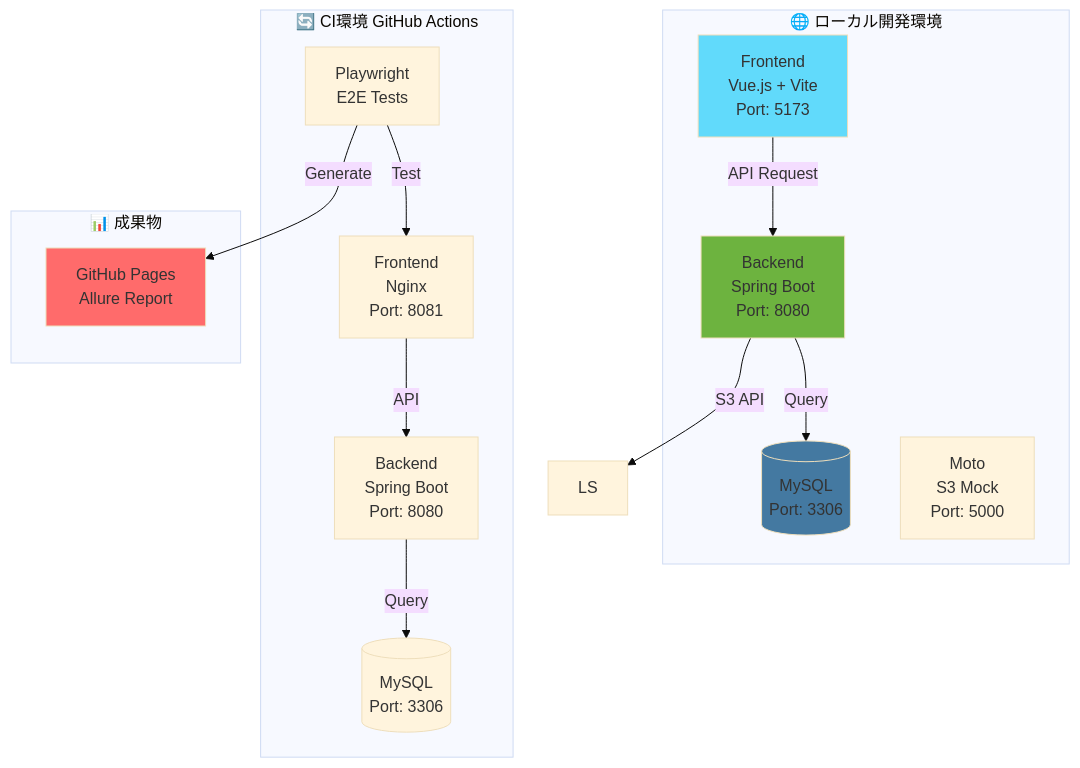
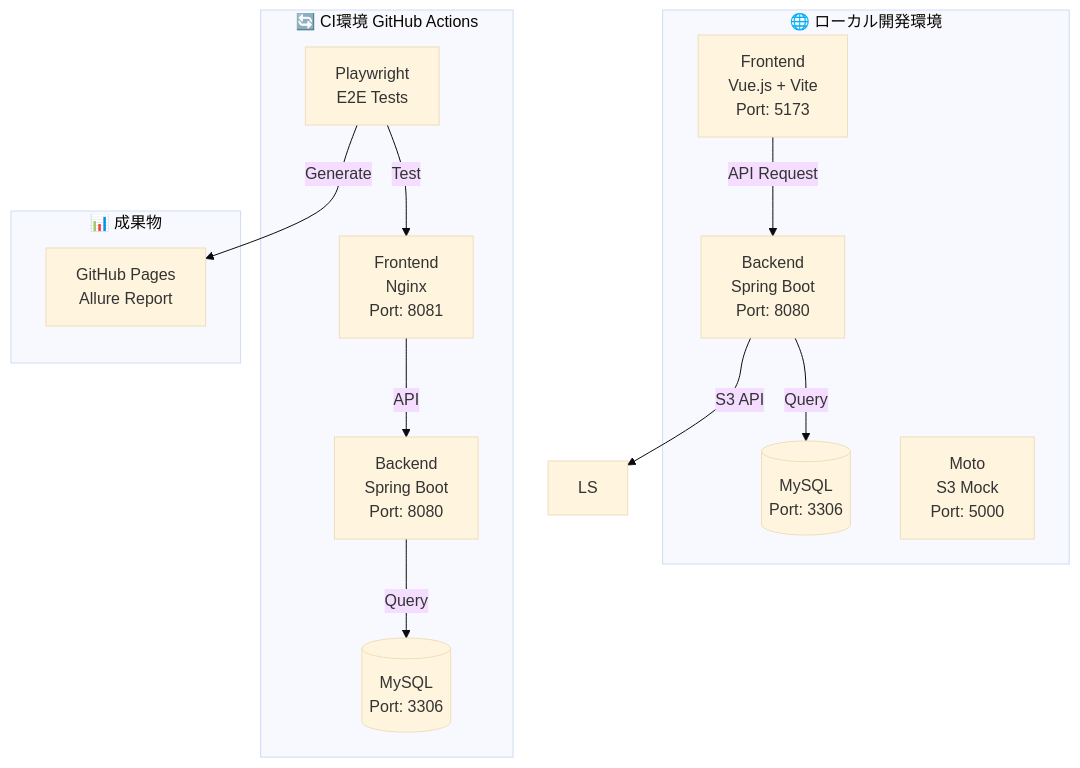
Before and after one commit to cocomomojo/test_app: the first of 10 diagrams in README.md, drawn with Mermaid (base theme). The commit also changed other lines of this file, not shown here.

Commit message:
Remove custom colors from all mermaid diagrams for dark mode compatibility

````diff
--- a/README.md
+++ b/README.md
@@ -44,34 +44,29 @@
 ```mermaid
 graph TB
     subgraph "🌐 ローカル開発環境"
         FE[Frontend<br/>Vue.js + Vite<br/>Port: 5173]
         BE[Backend<br/>Spring Boot<br/>Port: 8080]
         DB[(MySQL<br/>Port: 3306)]
         Moto[Moto<br/>S3 Mock<br/>Port: 5000]
     end
 
     subgraph "🔄 CI環境 GitHub Actions"
         FE_CI[Frontend<br/>Nginx<br/>Port: 8081]
         BE_CI[Backend<br/>Spring Boot<br/>Port: 8080]
         DB_CI[(MySQL<br/>Port: 3306)]
         PW[Playwright<br/>E2E Tests]
     end
 
     subgraph "📊 成果物"
         GHP[GitHub Pages<br/>Allure Report]
     end
 
     FE -->|API Request| BE
     BE -->|Query| DB
     BE -->|S3 API| LS
 
     PW -->|Test| FE_CI
     FE_CI -->|API| BE_CI
     BE_CI -->|Query| DB_CI
     PW -->|Generate| GHP
-
-    style FE fill:#61dafb
-    style BE fill:#6db33f
-    style DB fill:#4479a1
-    style GHP fill:#ff6b6b
 ```
````
